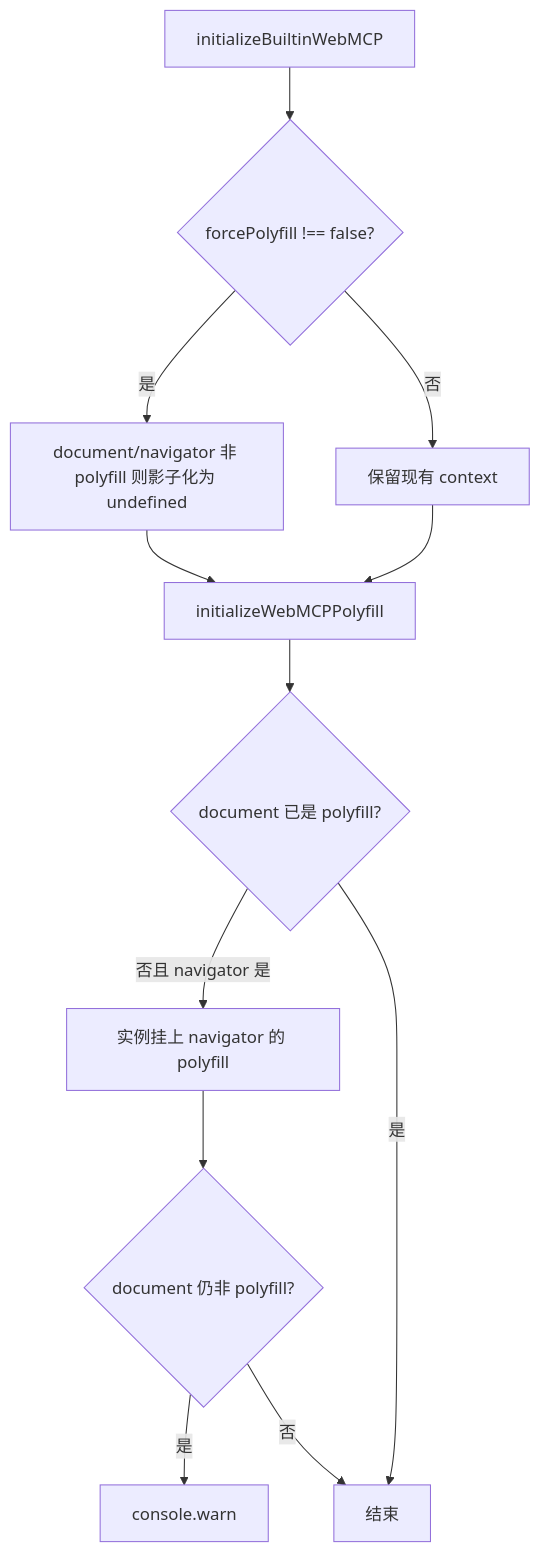
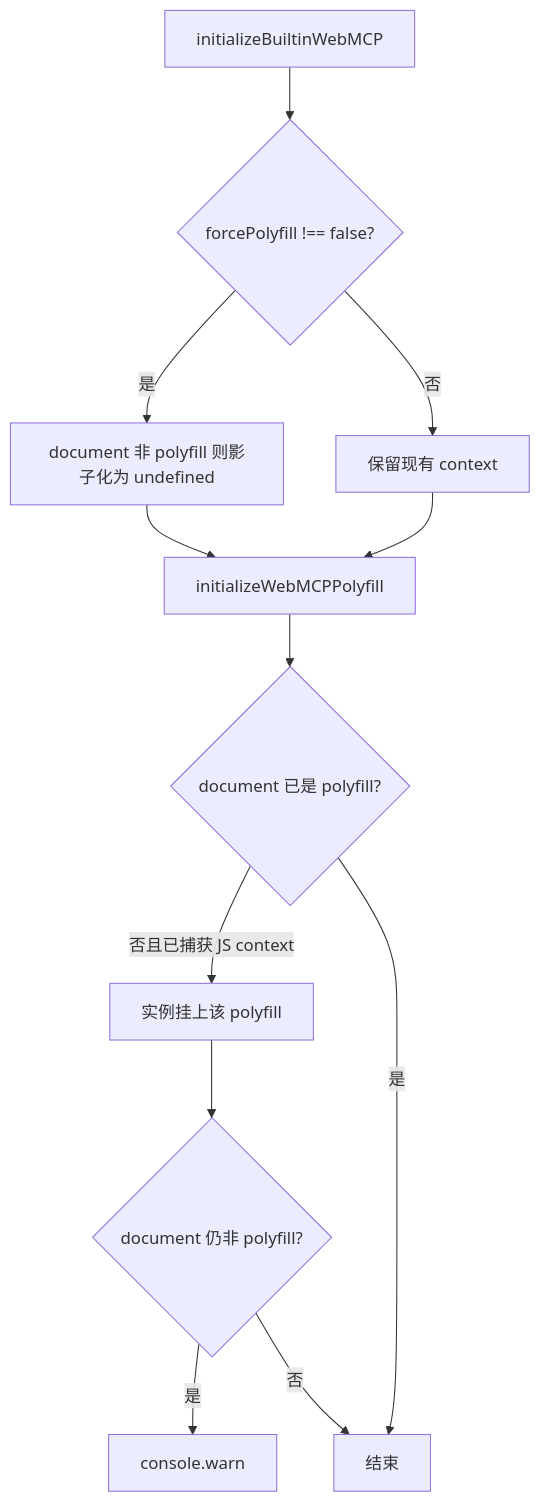
One commit to opentiny/webmcp-sdk changed the diagram in packages/next-sdk/specs/REQ-20260904-force-webmcp-polyfill/design.md. Above: the diagram before and after it, drawn with Mermaid. The commit also changed other lines of this file and 5 other files, not shown here.

Commit message:
feat(next-sdk): refine WebMCP polyfill initialization to enhance native context handling

````diff
--- a/packages/next-sdk/specs/REQ-20260904-force-webmcp-polyfill/design.md
+++ b/packages/next-sdk/specs/REQ-20260904-force-webmcp-polyfill/design.md
@@ -67,14 +67,14 @@
 ```mermaid
 flowchart TD
   A[initializeBuiltinWebMCP] --> B{forcePolyfill !== false?}
-  B -->|是| C[document/navigator 非 polyfill 则影子化为 undefined]
+  B -->|是| C[document 非 polyfill 则影子化为 undefined]
   B -->|否| D[保留现有 context]
   C --> E[initializeWebMCPPolyfill]
   D --> E
   E --> F{document 已是 polyfill?}
-  F -->|否且 navigator 是| G[实例挂上 navigator 的 polyfill]
+  F -->|否且已捕获 JS context| G[实例挂上该 polyfill]
   F -->|是| H[结束]
   G --> I{document 仍非 polyfill?}
   I -->|是| J[console.warn]
   I -->|否| H
 ```
````
